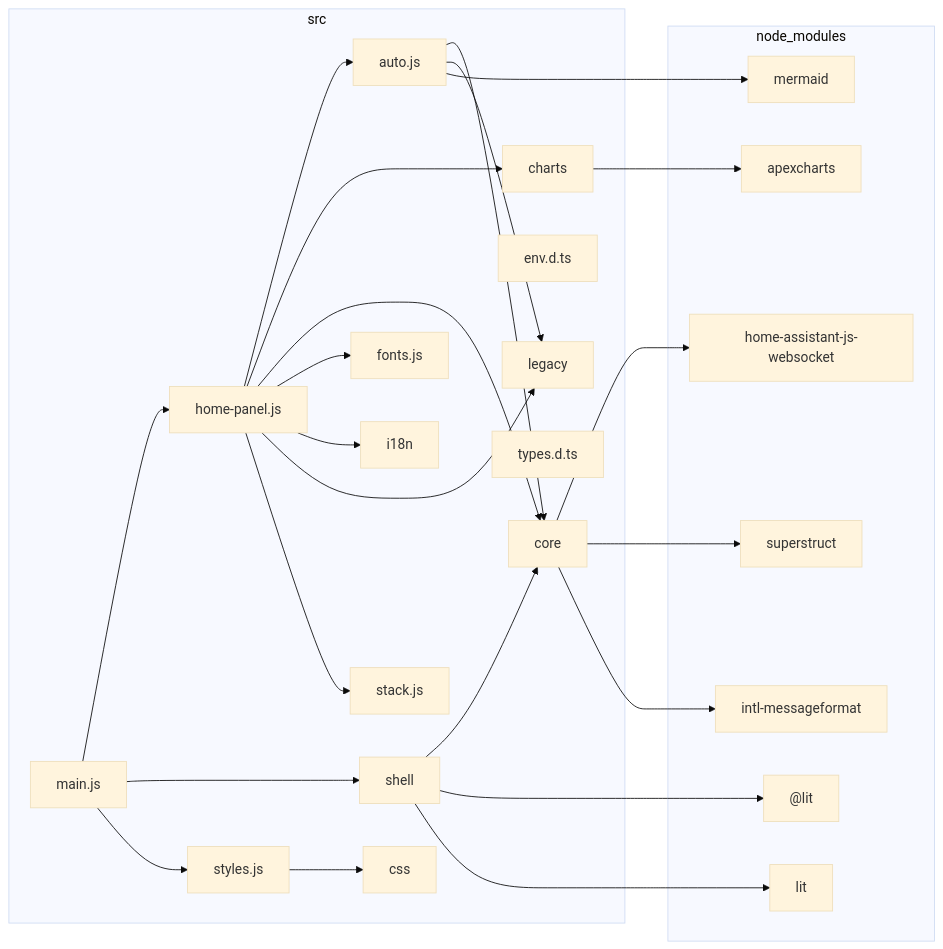
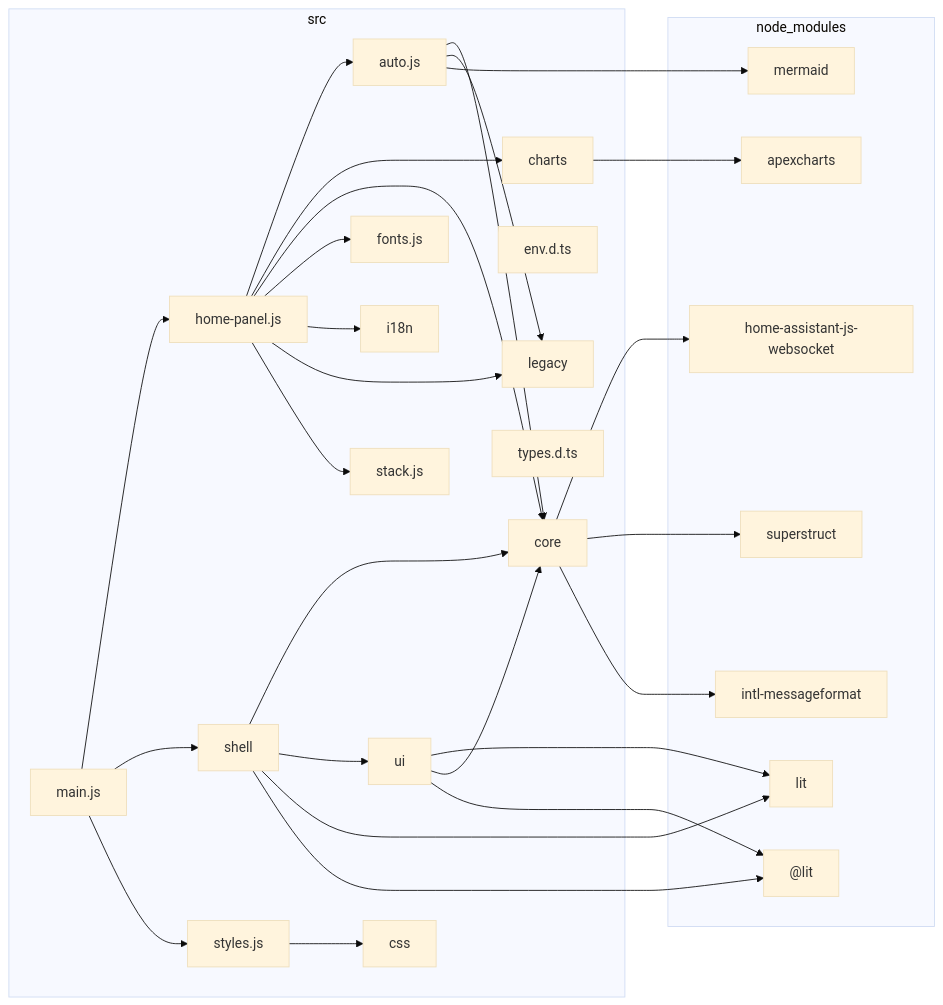
Before and after one commit to pldelisle/ha-home-panel: the diagram in docs/architecture/dependency-graph.md, drawn with Mermaid (base theme). The commit also changed 13 other files, not shown here.

````diff
--- a/docs/architecture/dependency-graph.md
+++ b/docs/architecture/dependency-graph.md
@@ -5,50 +5,55 @@
 ```mermaid
 flowchart LR
 
 subgraph 0["node_modules"]
 1["@lit"]
 2["apexcharts"]
 3["home-assistant-js-websocket"]
 4["intl-messageformat"]
 5["lit"]
 6["mermaid"]
 7["superstruct"]
 end
 subgraph 8["src"]
 9["auto.js"]
 A["charts"]
 B["core"]
 C["css"]
 D["env.d.ts"]
 E["fonts.js"]
 F["home-panel.js"]
 G["i18n"]
 H["legacy"]
 I["main.js"]
 J["shell"]
 K["stack.js"]
 L["styles.js"]
 M["types.d.ts"]
+N["ui"]
 end
 9-->B
 9-->H
 9-->6
 A-->2
 B-->3
 B-->7
 B-->4
 F-->9
 F-->A
 F-->B
 F-->E
 F-->G
 F-->H
 F-->K
 I-->F
 I-->J
 I-->L
 J-->B
+J-->N
+J-->5
 J-->1
-J-->5
 L-->C
+N-->5
+N-->B
+N-->1
 ```
````
